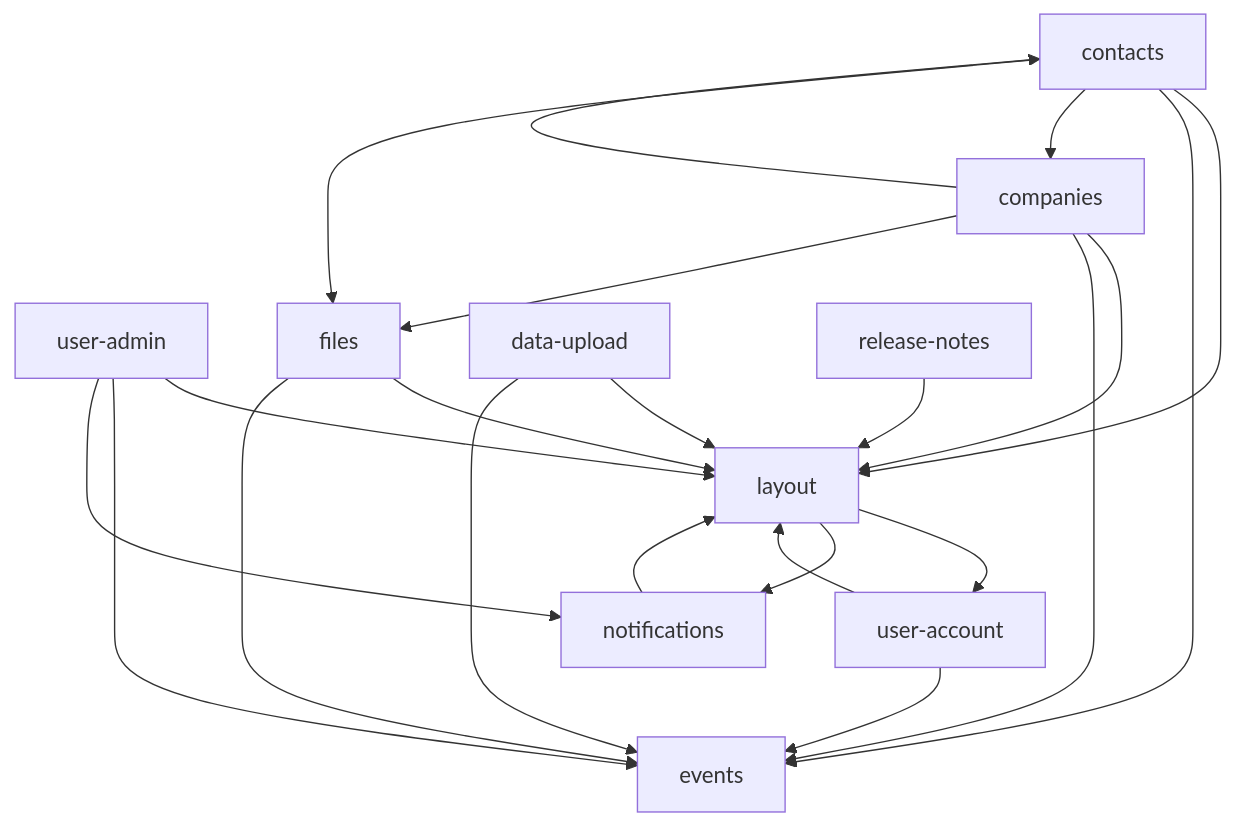
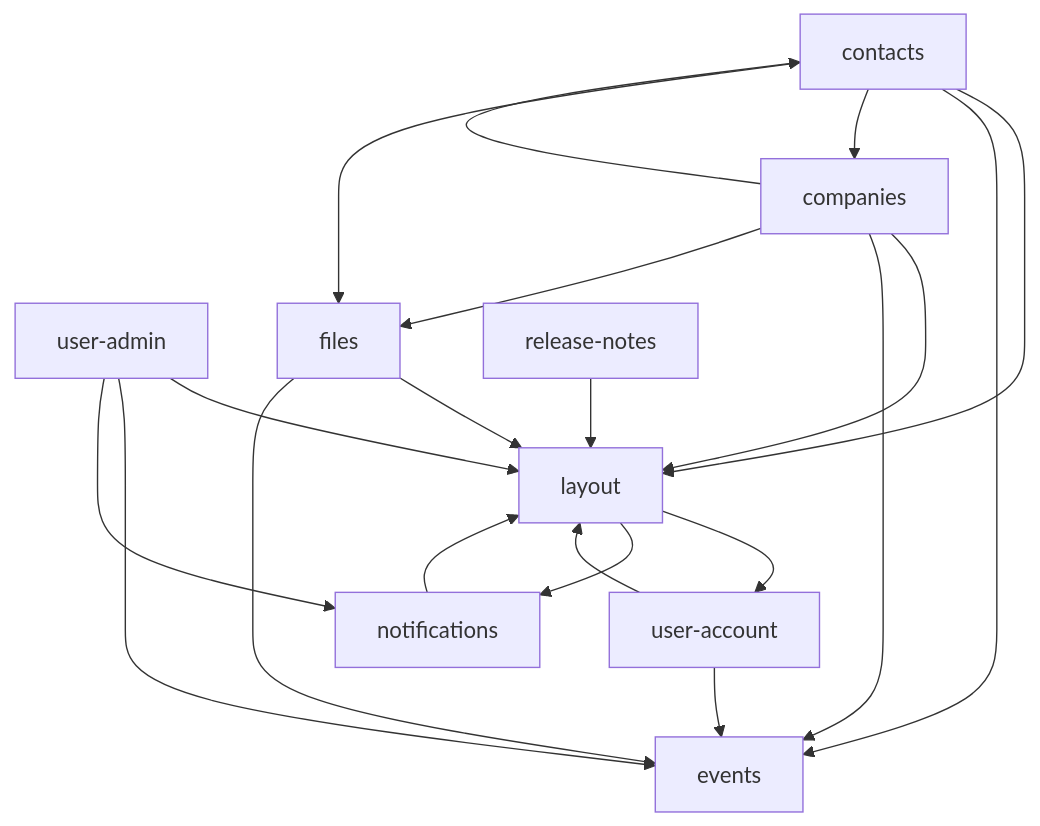
Before and after one commit to lowdefy/modules-mongodb: the diagram in README.md, drawn with Mermaid. The commit also changed other lines of this file and 44 other files, not shown here.

````diff
--- a/README.md
+++ b/README.md
@@ -24,25 +23,23 @@
 ```mermaid
 graph TD
   layout --> user-account
   layout --> notifications
   user-account --> layout
   user-account --> events
   user-admin --> layout
   user-admin --> events
   user-admin --> notifications
   notifications --> layout
   contacts --> layout
   contacts --> events
   contacts --> companies
   contacts --> files
   companies --> layout
   companies --> events
   companies --> contacts
   companies --> files
   files --> layout
   files --> events
-  data-upload --> layout
-  data-upload --> events
   release-notes --> layout
   events
 ```
````
